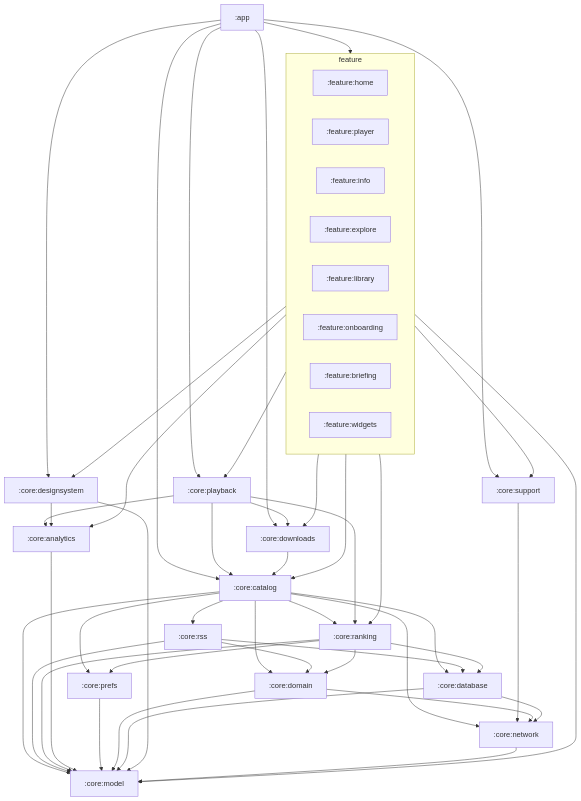
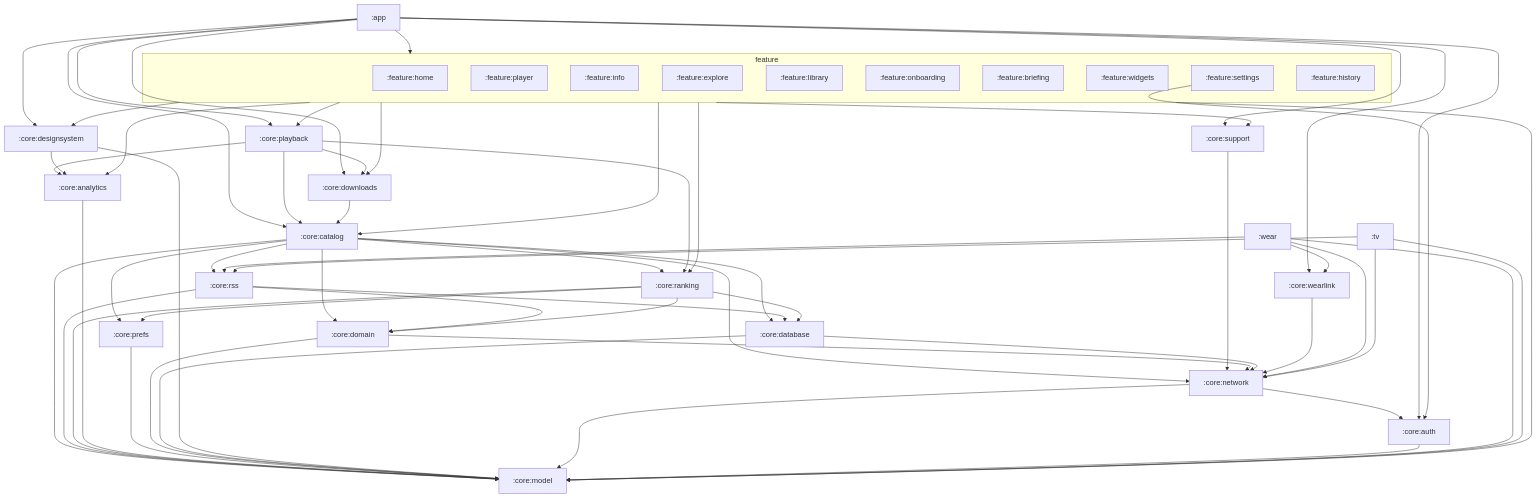
One commit to boxcreate/boxlore changed the diagram in ARCHITECTURE.md. Above: the diagram before and after it, drawn with Mermaid. The commit also changed other lines of this file and 100 other files, not shown here.

````diff
--- a/ARCHITECTURE.md
+++ b/ARCHITECTURE.md
@@ -114,7 +115,13 @@
     onboarding[:feature:onboarding]
     briefing[:feature:briefing]
     widgets[:feature:widgets]
+    settings[:feature:settings]
+    history[:feature:history]
   end
+  wear[:wear]
+  tv[:tv]
+  wearlink[:core:wearlink]
+  auth[:core:auth]
   playback[:core:playback]
   catalog[:core:catalog]
   rss[:core:rss]
@@ -172,4 +179,17 @@
   database --> model
   design --> model
   network --> model
+  network --> auth
+  auth --> model
+  app --> auth
+  settings --> auth
+  app --> wearlink
+  wearlink --> network
+  wear --> wearlink
+  wear --> network
+  wear --> rss
+  wear --> model
+  tv --> network
+  tv --> rss
+  tv --> model
 ```
````
